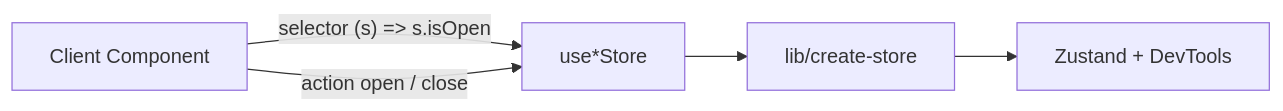
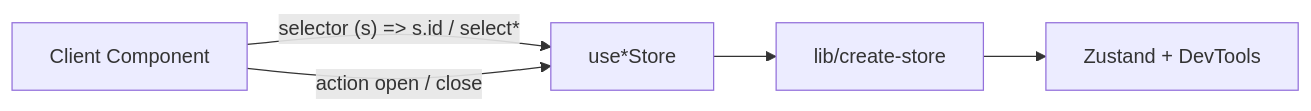
One commit to manhcuongdtbk/taskify changed the diagram in docs/client-ui-state.md. Above: the diagram before and after it, drawn with Mermaid. The commit also changed other lines of this file and 4 other files, not shown here.

First line of the commit message:
Derive card modal open from id via selectCardModalIsOpen.

````diff
--- a/docs/client-ui-state.md
+++ b/docs/client-ui-state.md
@@ -50,12 +51,12 @@
 ```mermaid
 flowchart LR
   UI["Client Component"]
   Store["use*Store"]
   Factory["lib/create-store"]
   Z["Zustand + DevTools"]
 
-  UI -->|"selector (s) => s.isOpen"| Store
+  UI -->|"selector (s) => s.id / select*"| Store
   UI -->|"action open / close"| Store
   Store --> Factory
   Factory --> Z
 ```
````
